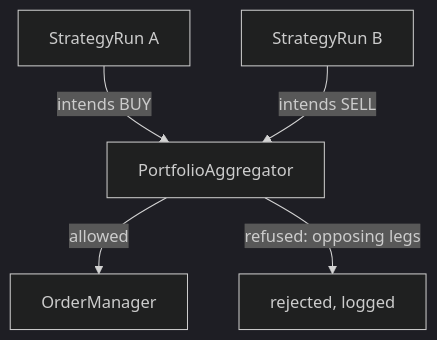
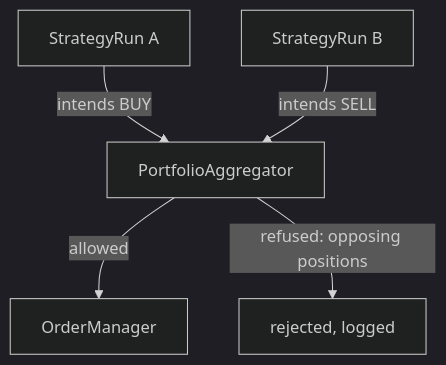
Before and after one commit to surikbs-xp/belaku: the diagram in website/docs/multi-strategy.md, drawn with Mermaid (dark theme). The commit also changed other lines of this file and 23 other files, not shown here.

````diff
--- a/website/docs/multi-strategy.md
+++ b/website/docs/multi-strategy.md
@@ -142,7 +142,7 @@
 ```mermaid
 graph TB
     A[StrategyRun A] -->|intends BUY| P[PortfolioAggregator]
     B[StrategyRun B] -->|intends SELL| P
     P -->|allowed| O[OrderManager]
-    P -->|refused: opposing legs| X[rejected, logged]
+    P -->|refused: opposing positions| X[rejected, logged]
 ```
````
